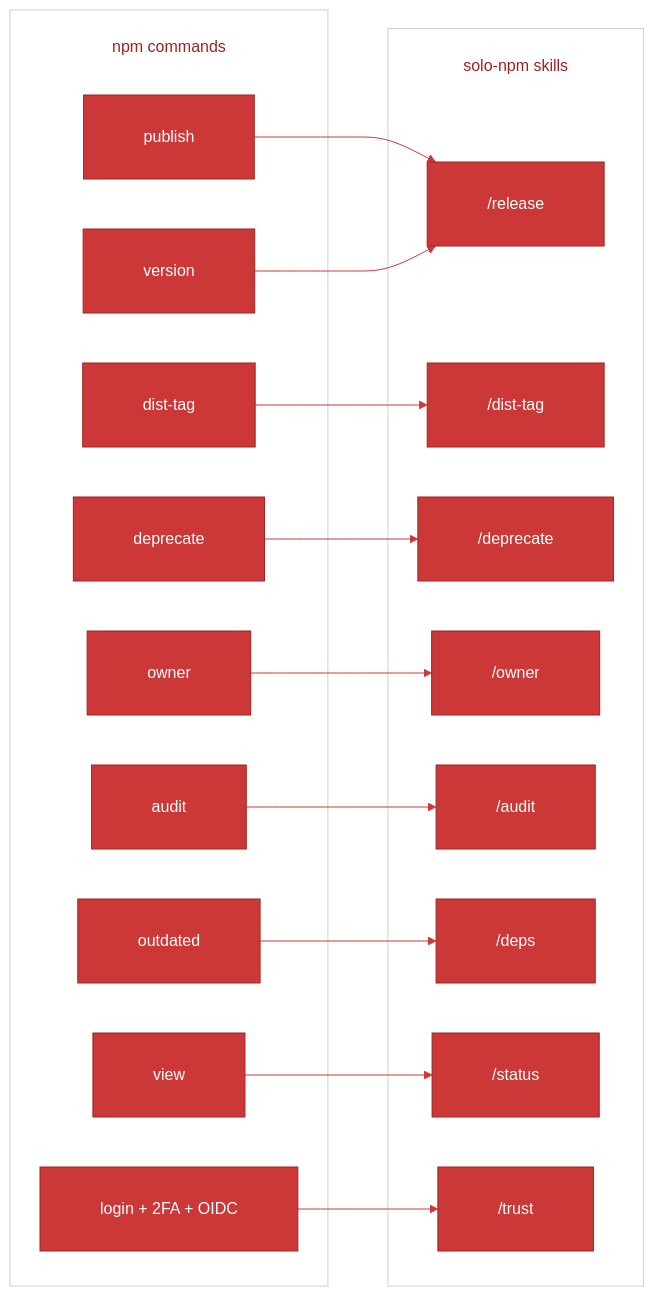
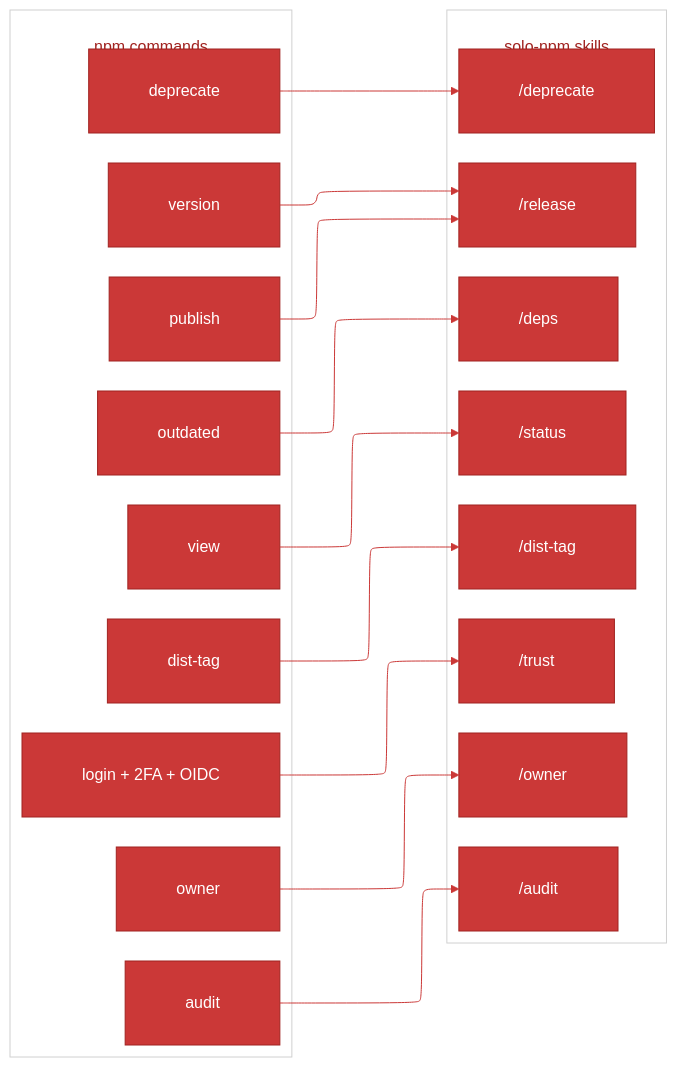
One commit to gagle/solo-npm changed the diagram in resources/diagrams/capability-to-skill.mmd. Above: the diagram before and after it, drawn with Mermaid. The commit also changed 5 other files, not shown here.

First line of the commit message:
docs(diagrams): switch to flowchart-elk renderer + red edge labels

```diff
--- a/resources/diagrams/capability-to-skill.mmd
+++ b/resources/diagrams/capability-to-skill.mmd
@@ -1,48 +1,48 @@
 %%{init: {'theme':'base','themeVariables':{
   'primaryColor':'#cb3837',
   'primaryTextColor':'#ffffff',
   'primaryBorderColor':'#a02320',
   'lineColor':'#cb3837',
   'secondaryColor':'#a02320',
   'tertiaryColor':'#7d1c1a',
   'background':'transparent',
   'mainBkg':'#cb3837',
   'secondBkg':'#a02320',
   'tertiaryBkg':'transparent',
   'clusterBkg':'transparent',
   'clusterBorder':'#d0d0d0',
   'titleColor':'#a02320',
   'edgeLabelBackground':'#ffffff',
   'fontFamily':'ui-monospace, monospace'
-},'flowchart':{'padding':30,'nodeSpacing':50,'rankSpacing':60,'subGraphTitleMargin':{'top':25,'bottom':25}},'themeCSS':'.cluster rect { rx: 8; ry: 8; fill: transparent !important; stroke: #d0d0d0 !important; stroke-width: 1.5px; } .node rect { rx: 8; ry: 8; } .edgeLabel { color: #1a1a1a; } .edgeLabel rect, .edgeLabel foreignObject > div { background-color: #ffffff !important; }'}}%%
+},'flowchart':{'defaultRenderer':'elk','padding':30,'nodeSpacing':50,'rankSpacing':60,'subGraphTitleMargin':{'top':25,'bottom':25}},'themeCSS':'.cluster rect { rx: 8; ry: 8; fill: transparent !important; stroke: #d0d0d0 !important; stroke-width: 1.5px; } .node rect { rx: 8; ry: 8; } .edgeLabel { color: #a02320 !important; } .edgeLabel p { color: #a02320 !important; } .edgeLabel rect, .edgeLabel foreignObject > div { background-color: #ffffff !important; }'}}%%
 flowchart LR
     subgraph CAPS["npm commands"]
         publish["publish"]
         version["version"]
         distTagCap["dist-tag"]
         deprecateCap["deprecate"]
         ownerCap["owner"]
         auditCap["audit"]
         outdatedCap["outdated"]
         viewCap["view"]
         loginCap["login + 2FA + OIDC"]
     end
     subgraph SKILLS["solo-npm skills"]
         skRelease["/release"]
         skDistTag["/dist-tag"]
         skDeprecate["/deprecate"]
         skOwner["/owner"]
         skAudit["/audit"]
         skDeps["/deps"]
         skStatus["/status"]
         skTrust["/trust"]
     end
     publish --> skRelease
     version --> skRelease
     distTagCap --> skDistTag
     deprecateCap --> skDeprecate
     ownerCap --> skOwner
     auditCap --> skAudit
     outdatedCap --> skDeps
     viewCap --> skStatus
     loginCap --> skTrust
```
